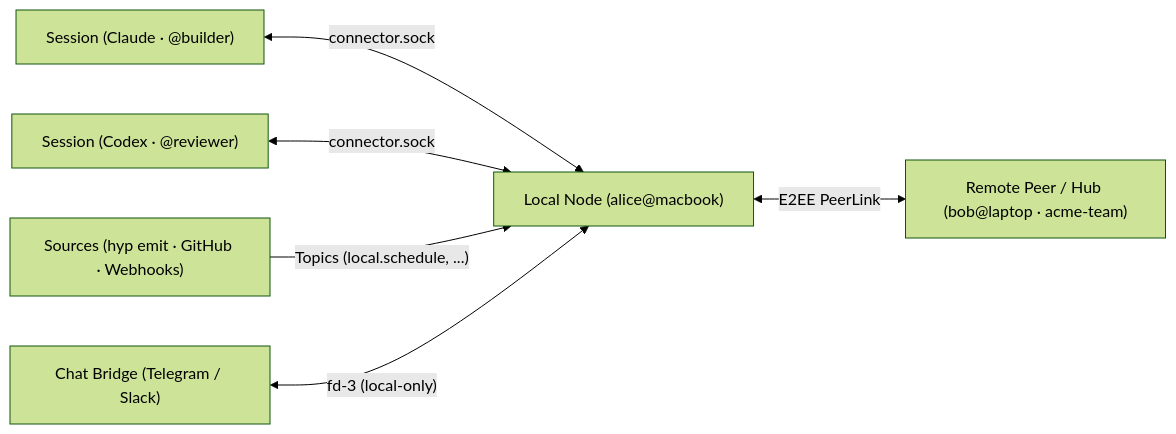
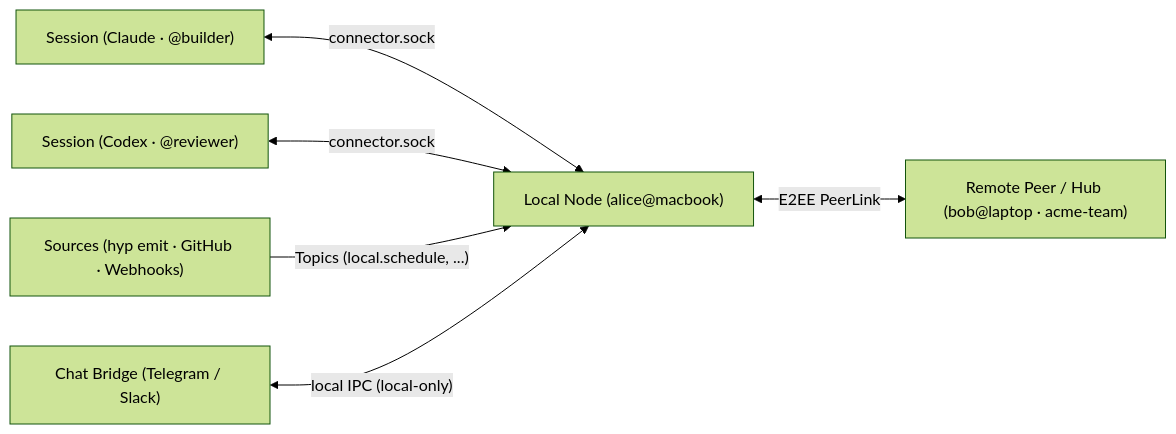
One commit to hyphae-to/hyp changed the diagram in docs/concepts.md. Above: the diagram before and after it, drawn with Mermaid (forest theme). The commit also changed other lines of this file and 11 other files, not shown here.

````diff
--- a/docs/concepts.md
+++ b/docs/concepts.md
@@ -5,8 +5,8 @@
 ```mermaid
 flowchart LR
   S1["Session (Claude · @builder)"] <-->|"connector.sock"| N["Local Node (alice@macbook)"]
   S2["Session (Codex · @reviewer)"] <-->|"connector.sock"| N
   Src["Sources (hyp emit · GitHub · Webhooks)"] -->|"Topics (local.schedule, ...)"| N
-  Br["Chat Bridge (Telegram / Slack)"] <-->|"fd-3 (local-only)"| N
+  Br["Chat Bridge (Telegram / Slack)"] <-->|"local IPC (local-only)"| N
   N <-->|"E2EE PeerLink"| P["Remote Peer / Hub (bob@laptop · acme-team)"]
 ```
````
